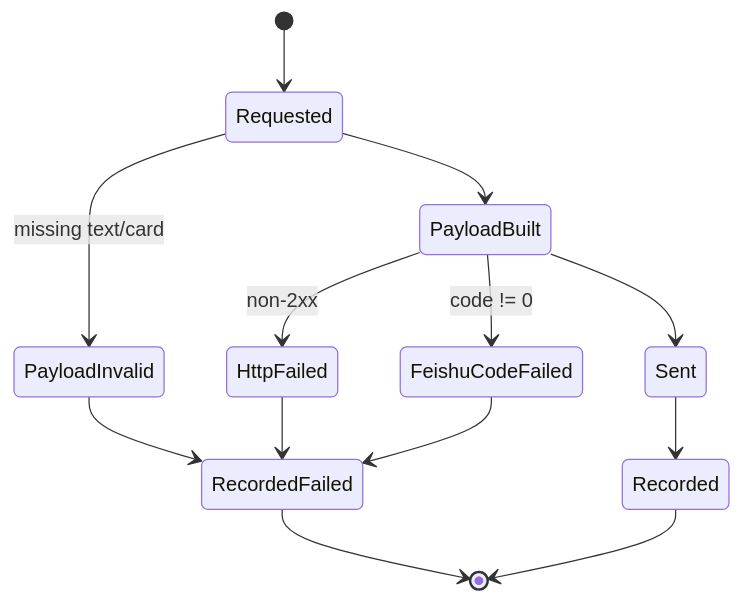
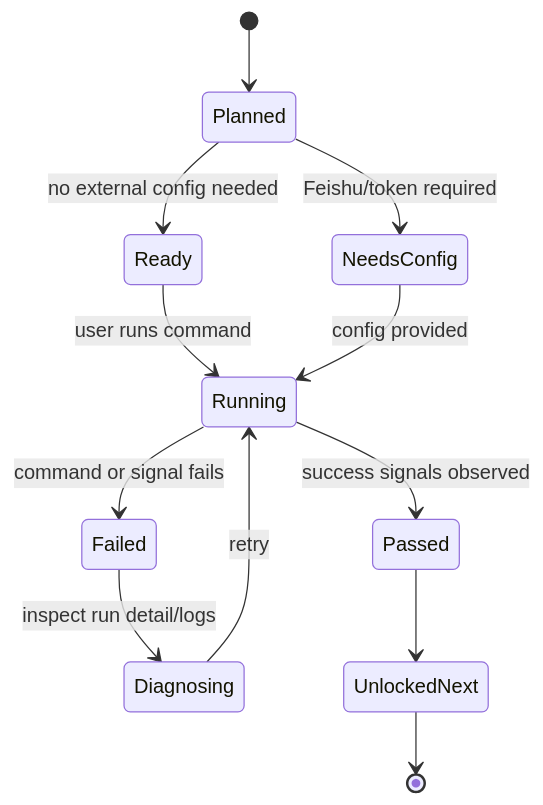
The sixth of 9 diagrams in docs/implementation-architecture.md (mayf3/myclaw), drawn with Mermaid before and after one commit. The commit also changed other lines of this file and 27 other files, not shown here.

Commit message:
feat: add human experiment roadmap

````diff
--- a/docs/implementation-architecture.md
+++ b/docs/implementation-architecture.md
@@ -163,15 +180,14 @@
 ```mermaid
 stateDiagram-v2
-  [*] --> Requested
-  Requested --> PayloadInvalid: missing text/card
-  Requested --> PayloadBuilt
-  PayloadBuilt --> HttpFailed: non-2xx
-  PayloadBuilt --> FeishuCodeFailed: code != 0
-  PayloadBuilt --> Sent
-  Sent --> Recorded
-  PayloadInvalid --> RecordedFailed
-  HttpFailed --> RecordedFailed
-  FeishuCodeFailed --> RecordedFailed
-  Recorded --> [*]
-  RecordedFailed --> [*]
+  [*] --> Planned
+  Planned --> Ready: no external config needed
+  Planned --> NeedsConfig: Feishu/token required
+  Ready --> Running: user runs command
+  NeedsConfig --> Running: config provided
+  Running --> Passed: success signals observed
+  Running --> Failed: command or signal fails
+  Failed --> Diagnosing: inspect run detail/logs
+  Diagnosing --> Running: retry
+  Passed --> UnlockedNext
+  UnlockedNext --> [*]
 ```
````
